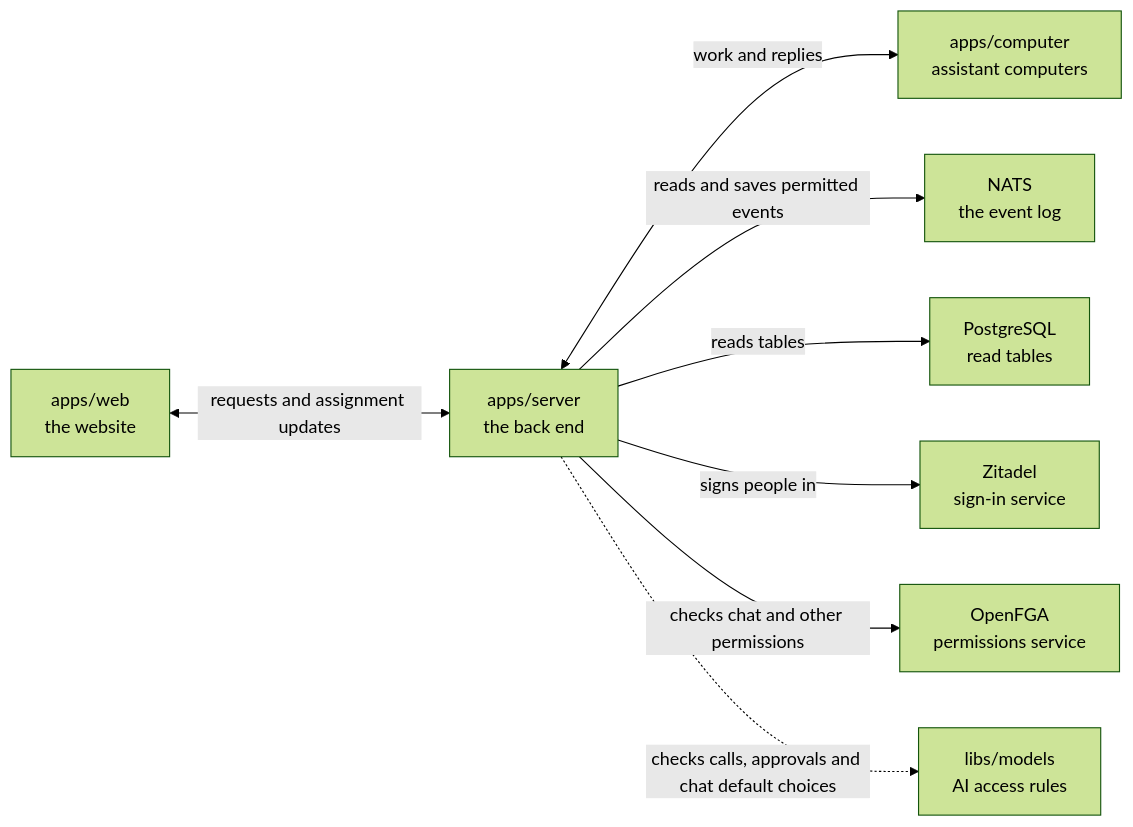
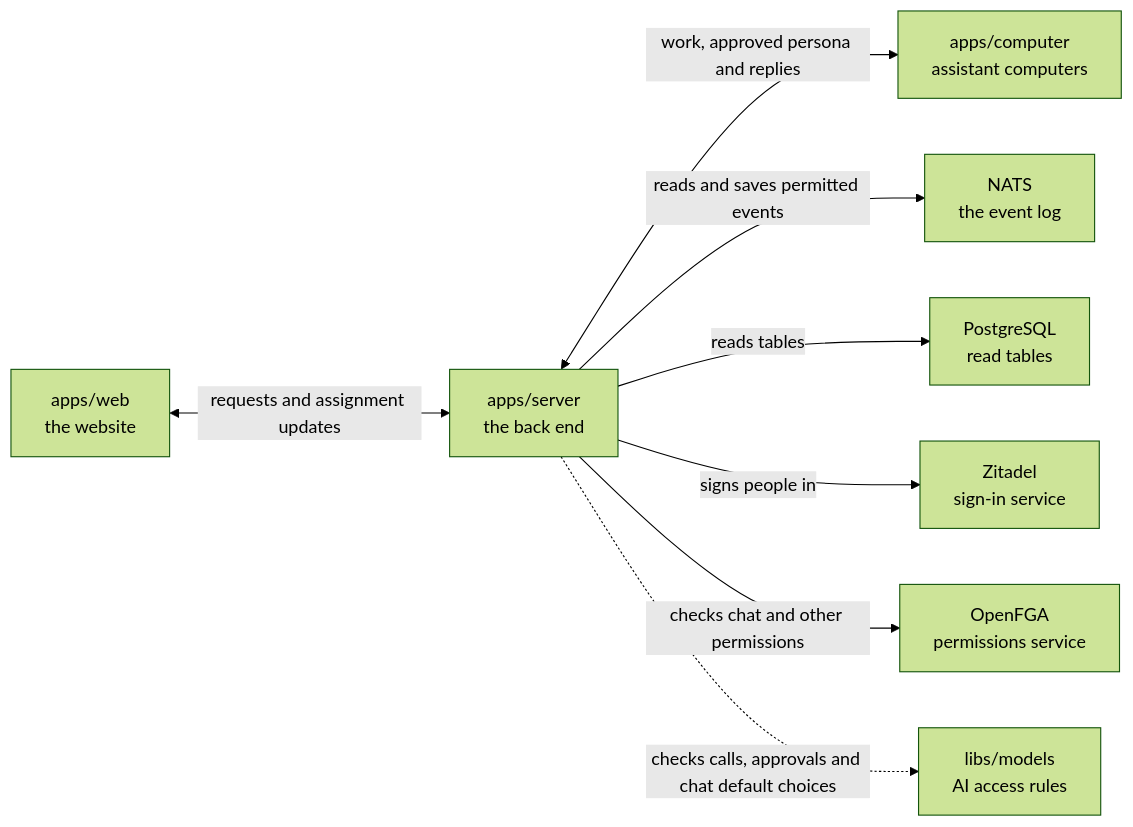
Before and after one commit to elewa-git/opencrane-new: the diagram in apps/server/README.md, drawn with Mermaid (forest theme). The commit also changed other lines of this file and 104 other files, not shown here.

````diff
--- a/apps/server/README.md
+++ b/apps/server/README.md
@@ -19,10 +19,10 @@
 ```mermaid
 flowchart LR
   web["apps/web<br/>the website"] <-->|requests and assignment updates| server["apps/server<br/>the back end"]
-  server <-->|work and replies| computer["apps/computer<br/>assistant computers"]
+  server <-->|work, approved persona and replies| computer["apps/computer<br/>assistant computers"]
   server -->|reads and saves permitted events| nats["NATS<br/>the event log"]
   server -->|reads tables| postgres["PostgreSQL<br/>read tables"]
   server -->|signs people in| zitadel["Zitadel<br/>sign-in service"]
   server -->|checks chat and other permissions| openfga["OpenFGA<br/>permissions service"]
   server -.->|checks calls, approvals and chat default choices| models["libs/models<br/>AI access rules"]
 ```
````
